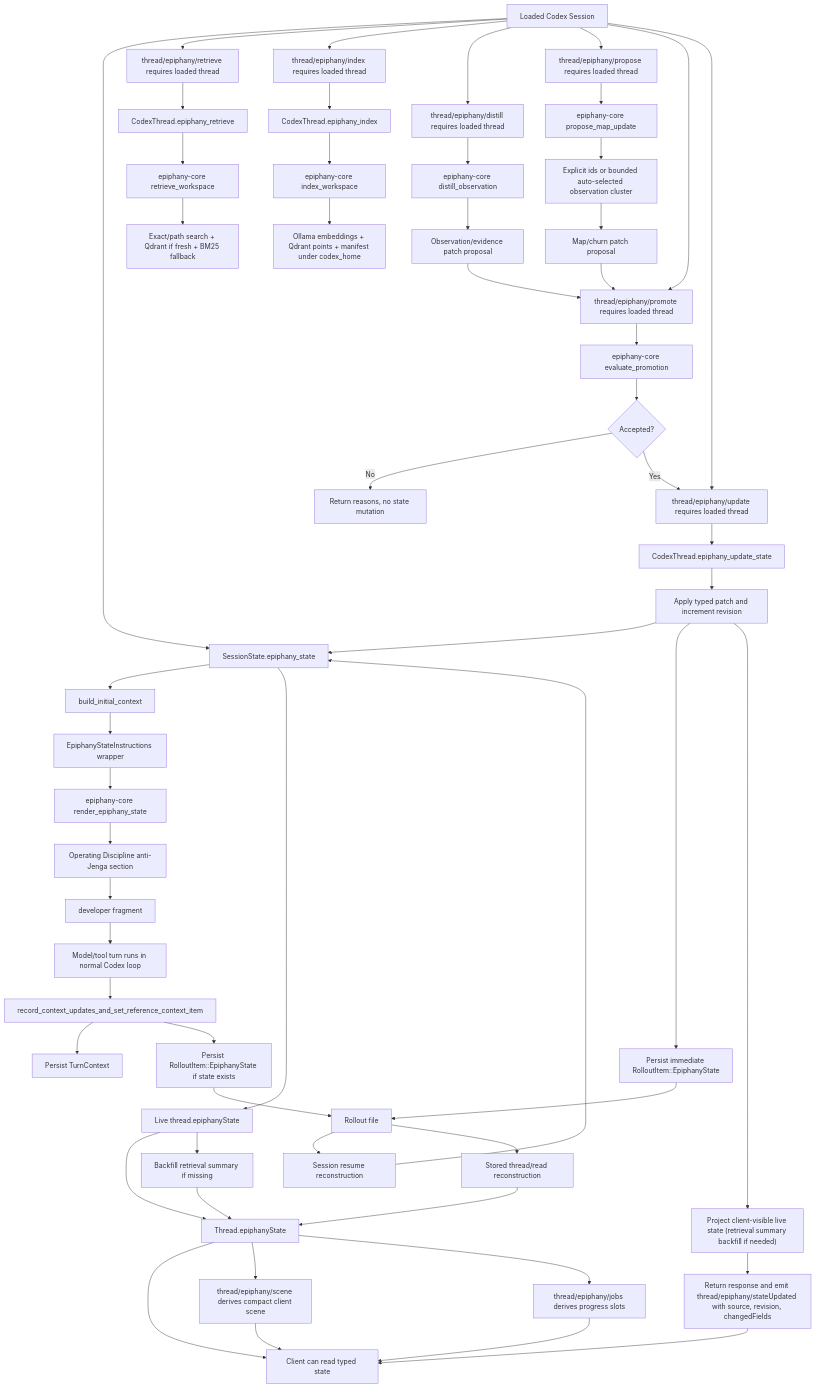
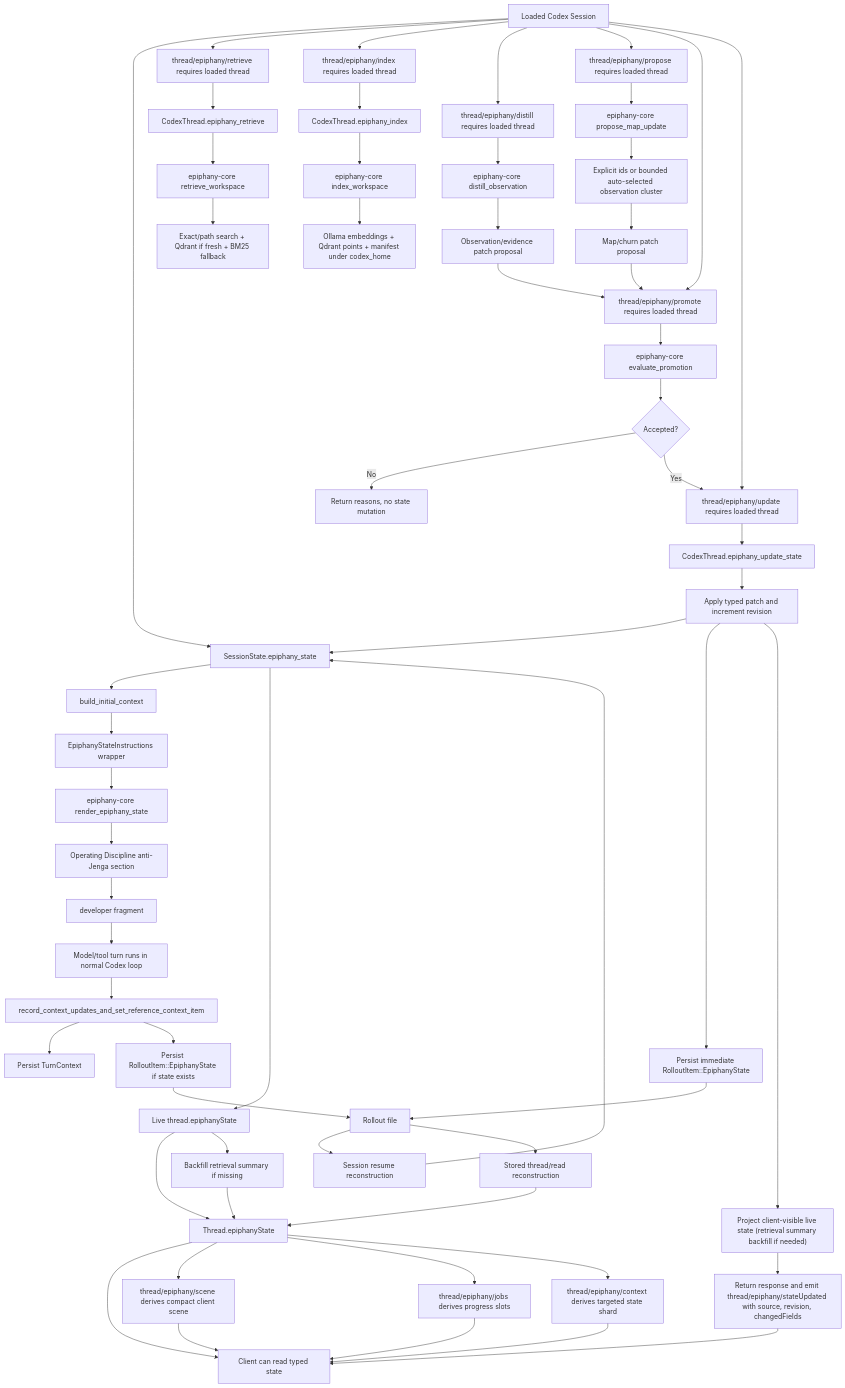
The diagram in notes/epiphany-current-algorithmic-map.md (GameCult/Epiphany), drawn with Mermaid before and after one commit. The commit also changed other lines of this file and 19 other files, not shown here.

Commit message:
Add Phase 6 context shard reflection

````diff
--- a/notes/epiphany-current-algorithmic-map.md
+++ b/notes/epiphany-current-algorithmic-map.md
@@ -40,58 +41,60 @@
 ```mermaid
 flowchart TD
     A["Loaded Codex Session"] --> B["SessionState.epiphany_state"]
     B --> C["build_initial_context"]
     C --> D["EpiphanyStateInstructions wrapper"]
     D --> E["epiphany-core render_epiphany_state"]
     E --> EA["Operating Discipline anti-Jenga section"]
     EA --> F["<epiphany_state> developer fragment"]
     F --> G["Model/tool turn runs in normal Codex loop"]
     G --> H["record_context_updates_and_set_reference_context_item"]
     H --> I["Persist TurnContext"]
     H --> J["Persist RolloutItem::EpiphanyState if state exists"]
     J --> K["Rollout file"]
     K --> L["Session resume reconstruction"]
     L --> B
     K --> M["Stored thread/read reconstruction"]
     M --> N["Thread.epiphanyState"]
     B --> O["Live thread.epiphanyState"]
     O --> N
     O --> P["Backfill retrieval summary if missing"]
     P --> N
     N --> Q["Client can read typed state"]
     N --> QS["thread/epiphany/scene derives compact client scene"]
     QS --> Q
     N --> QJ["thread/epiphany/jobs derives progress slots"]
     QJ --> Q
+    N --> QC["thread/epiphany/context derives targeted state shard"]
+    QC --> Q
     A --> R["thread/epiphany/retrieve requires loaded thread"]
     A --> S["thread/epiphany/index requires loaded thread"]
     A --> AA["thread/epiphany/distill requires loaded thread"]
     A --> AH["thread/epiphany/propose requires loaded thread"]
     A --> AD["thread/epiphany/promote requires loaded thread"]
     A --> Z["thread/epiphany/update requires loaded thread"]
     AA --> AB["epiphany-core distill_observation"]
     AB --> AC["Observation/evidence patch proposal"]
     AC --> AD
     AH --> AI["epiphany-core propose_map_update"]
     AI --> AIA["Explicit ids or bounded auto-selected observation cluster"]
     AIA --> AJ["Map/churn patch proposal"]
     AJ --> AD
     AD --> AE["epiphany-core evaluate_promotion"]
     AE --> AF{"Accepted?"}
     AF -->|"No"| AG["Return reasons, no state mutation"]
     AF -->|"Yes"| Z
     R --> T["CodexThread.epiphany_retrieve"]
     S --> U["CodexThread.epiphany_index"]
     Z --> ZA["CodexThread.epiphany_update_state"]
     ZA --> ZB["Apply typed patch and increment revision"]
     ZB --> B
     ZB --> ZC["Persist immediate RolloutItem::EpiphanyState"]
     ZB --> ZD["Project client-visible live state (retrieval summary backfill if needed)"]
     ZD --> ZE["Return response and emit thread/epiphany/stateUpdated with source, revision, changedFields"]
     ZE --> Q
     ZC --> K
     T --> V["epiphany-core retrieve_workspace"]
     U --> W["epiphany-core index_workspace"]
     V --> X["Exact/path search + Qdrant if fresh + BM25 fallback"]
     W --> Y["Ollama embeddings + Qdrant points + manifest under codex_home"]
 ```
````
